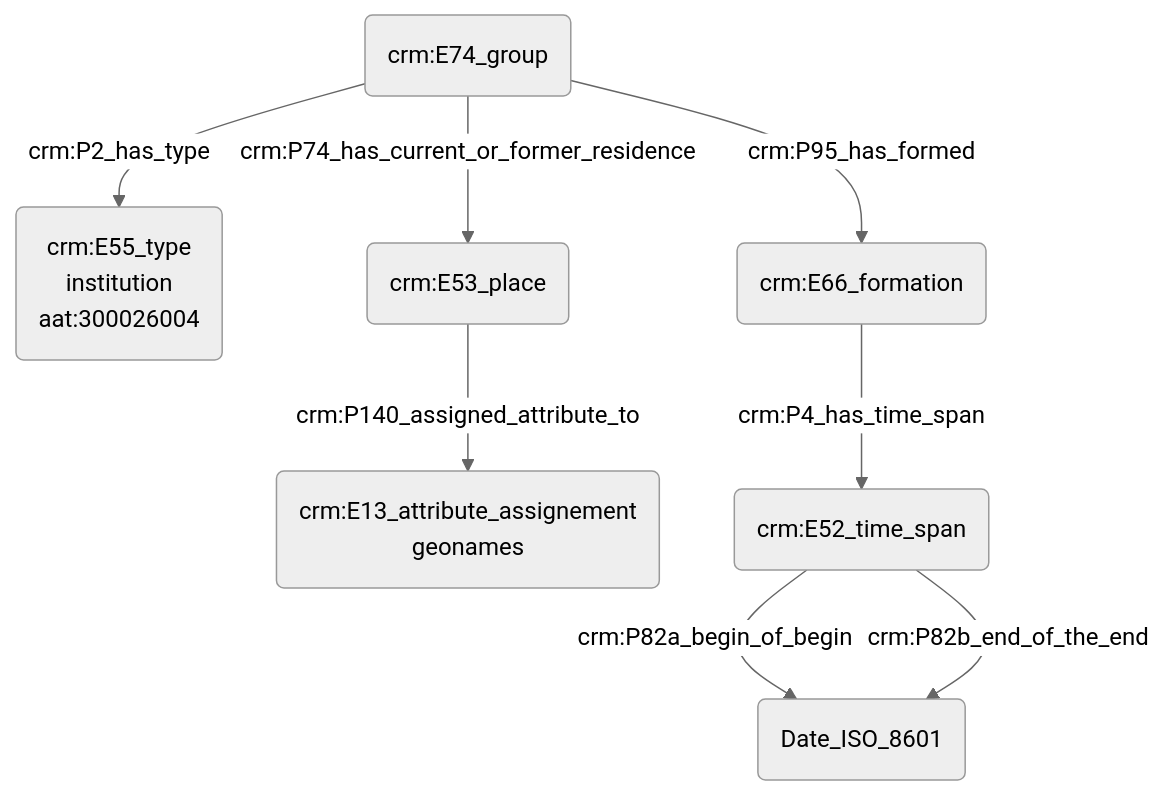
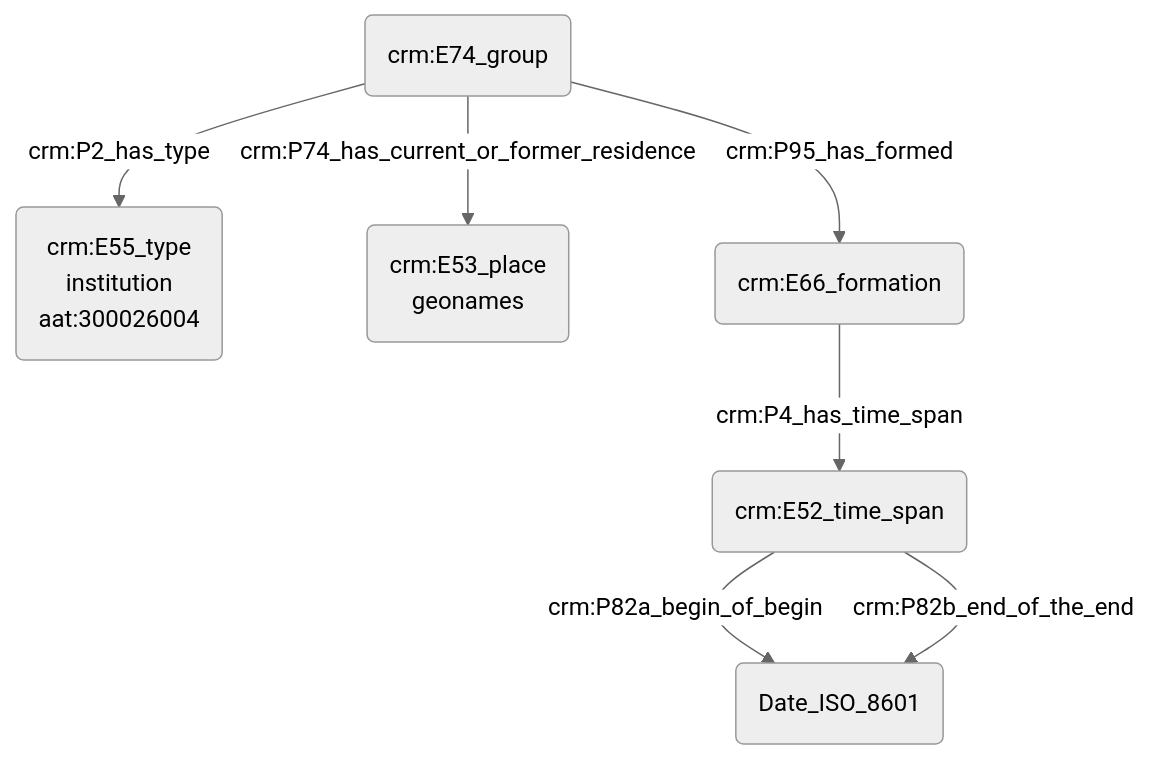
Before and after one commit to Amleth/consortium-musica2-gt2-ontologies: the diagram in modules/livrables/Dossier 2/Prosopographie/modélisation d'une institution.md, drawn with Mermaid (neutral theme).

Commit message:
Update modélisation d'une institution.md

````diff
--- a/modules/livrables/Dossier 2/Prosopographie/modélisation d'une institution.md
+++ b/modules/livrables/Dossier 2/Prosopographie/modélisation d'une institution.md
@@ -17,12 +17,11 @@
 ```mermaid
 graph TD;
 
 A(crm:E74_group) -->|crm:P2_has_type| B(crm:E55_type<br>institution<br>aat:300026004)
-A(crm:E74_group) -->|crm:P74_has_current_or_former_residence| C(crm:E53_place)
-C(crm:E53_place) -->|crm:P140_assigned_attribute_to| D(crm:E13_attribute_assignement<br>geonames)
+A(crm:E74_group) -->|crm:P74_has_current_or_former_residence| C(crm:E53_place<br>geonames)
 A(crm:E74_group) -->|crm:P95_has_formed| G(crm:E66_formation)
 G(crm:E66_formation) -->|crm:P4_has_time_span| E(crm:E52_time_span)
 E(crm:E52_time_span) -->|crm:P82a_begin_of_begin| F(Date_ISO_8601)
 E(crm:E52_time_span) -->|crm:P82b_end_of_the_end| F(Date_ISO_8601)
 
 ```
````
